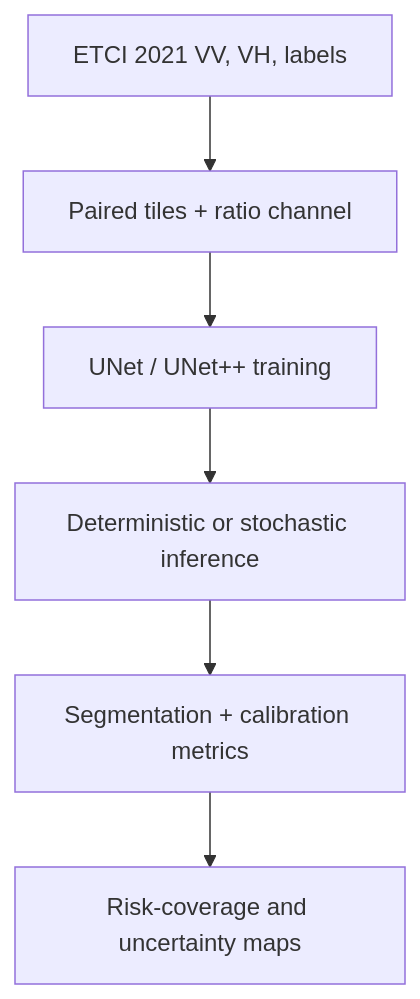
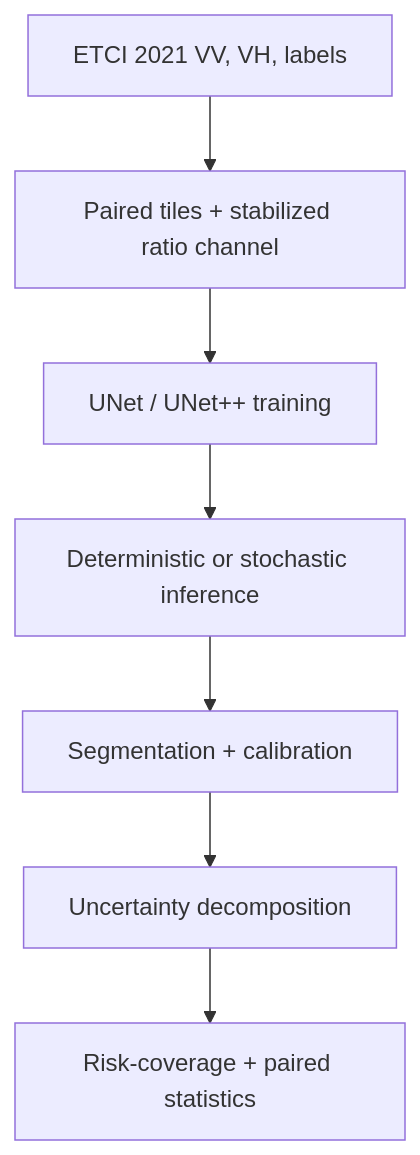
One commit to nazizahed/Uncertainty-Aware-Flood-Segmentation-from-Sentinel-1-for-Near-Real-Time-Applications changed the diagram in README.md. Above: the diagram before and after it, drawn with Mermaid. The commit also changed other lines of this file and 9 other files, not shown here.

````diff
--- a/README.md
+++ b/README.md
@@ -36,8 +48,9 @@
 ```mermaid
 flowchart TD
-    A["ETCI 2021 VV, VH, labels"] --> B["Paired tiles + ratio channel"]
+    A["ETCI 2021 VV, VH, labels"] --> B["Paired tiles + stabilized ratio channel"]
     B --> C["UNet / UNet++ training"]
     C --> D["Deterministic or stochastic inference"]
-    D --> E["Segmentation + calibration metrics"]
-    E --> F["Risk-coverage and uncertainty maps"]
+    D --> E["Segmentation + calibration"]
+    E --> F["Uncertainty decomposition"]
+    F --> G["Risk-coverage + paired statistics"]
 ```
````
